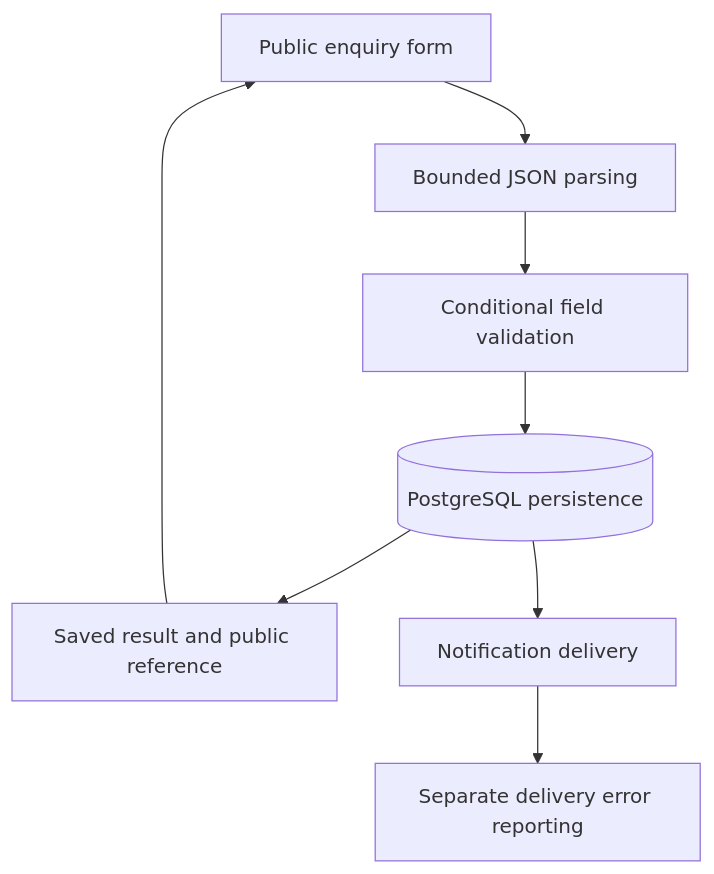
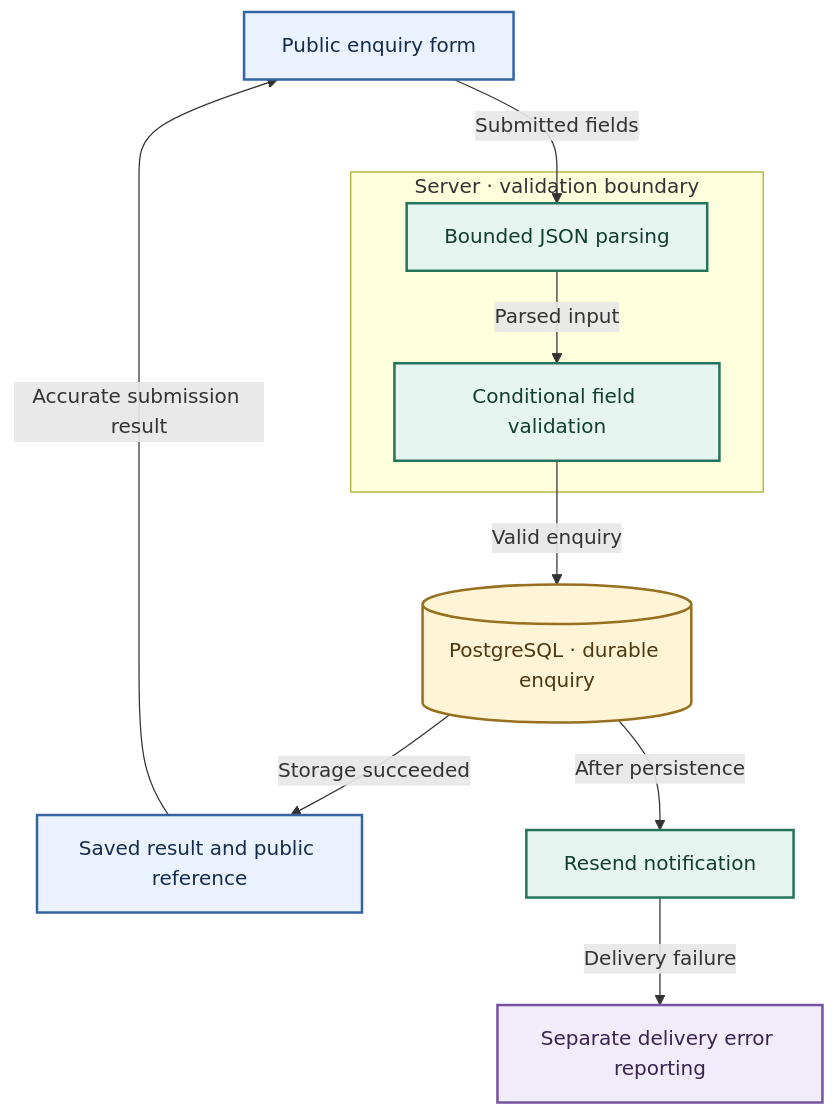
One commit to Lawi-Mwaura/shenachafiber changed the diagram in Readme.md. Above: the diagram before and after it, drawn with Mermaid. The commit also changed other lines of this file, not shown here.

Commit message:
Structure engineering case study with labelled architecture and evidence

````diff
--- a/Readme.md
+++ b/Readme.md
@@ -19,10 +29,27 @@
 ```mermaid
 flowchart TB
-    FORM[Public enquiry form] --> PARSE[Bounded JSON parsing]
-    PARSE --> VALIDATE[Conditional field validation]
-    VALIDATE --> SAVE[(PostgreSQL persistence)]
-    SAVE --> RESPONSE[Saved result and public reference]
-    RESPONSE --> FORM
-    SAVE --> NOTIFY[Notification delivery]
-    NOTIFY --> LOG[Separate delivery error reporting]
+    FORM[Public enquiry form]
+    subgraph SERVER[Server · validation boundary]
+        PARSE[Bounded JSON parsing]
+        VALIDATE[Conditional field validation]
+    end
+    SAVE[(PostgreSQL · durable enquiry)]
+    RESPONSE[Saved result and public reference]
+    NOTIFY[Resend notification]
+    LOG[Separate delivery error reporting]
+    FORM -->|Submitted fields| PARSE
+    PARSE -->|Parsed input| VALIDATE
+    VALIDATE -->|Valid enquiry| SAVE
+    SAVE -->|Storage succeeded| RESPONSE
+    RESPONSE -->|Accurate submission result| FORM
+    SAVE -->|After persistence| NOTIFY
+    NOTIFY -->|Delivery failure| LOG
+    classDef client fill:#EAF2FF,stroke:#3564A3,color:#142D4F,stroke-width:2px;
+    classDef service fill:#E7F5F0,stroke:#24745C,color:#123E32,stroke-width:2px;
+    classDef data fill:#FFF4D6,stroke:#966F20,color:#4D3810,stroke-width:2px;
+    classDef control fill:#F2ECFA,stroke:#7653A1,color:#382451,stroke-width:2px;
+    class FORM,RESPONSE client;
+    class PARSE,VALIDATE,NOTIFY service;
+    class SAVE data;
+    class LOG control;
 ```
````
